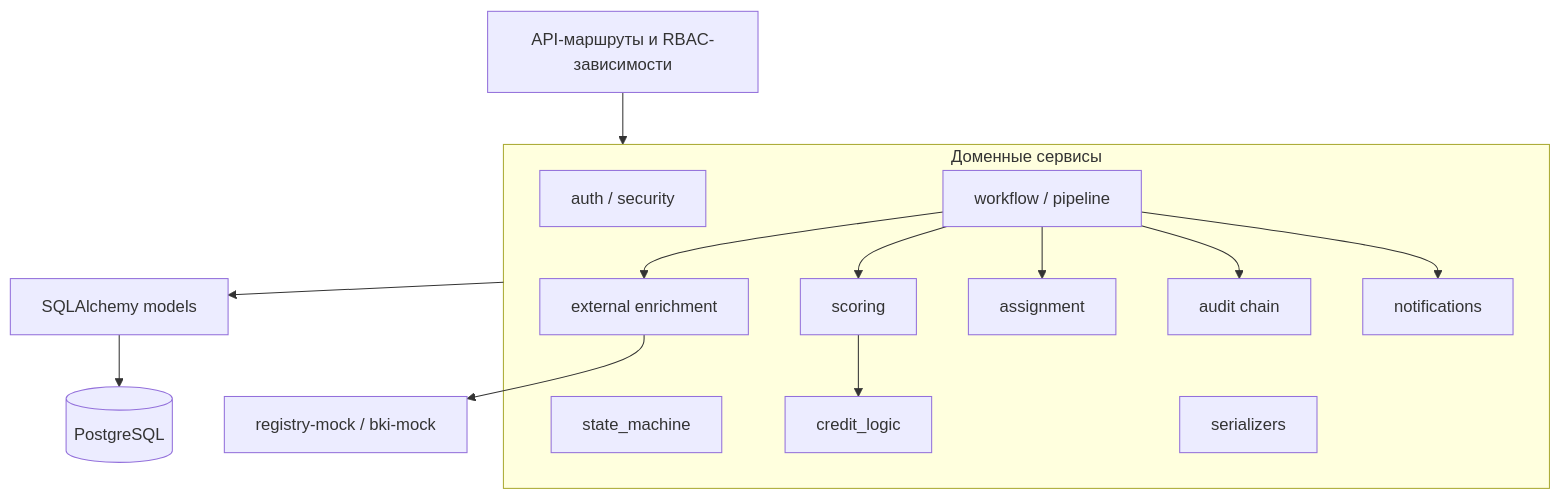
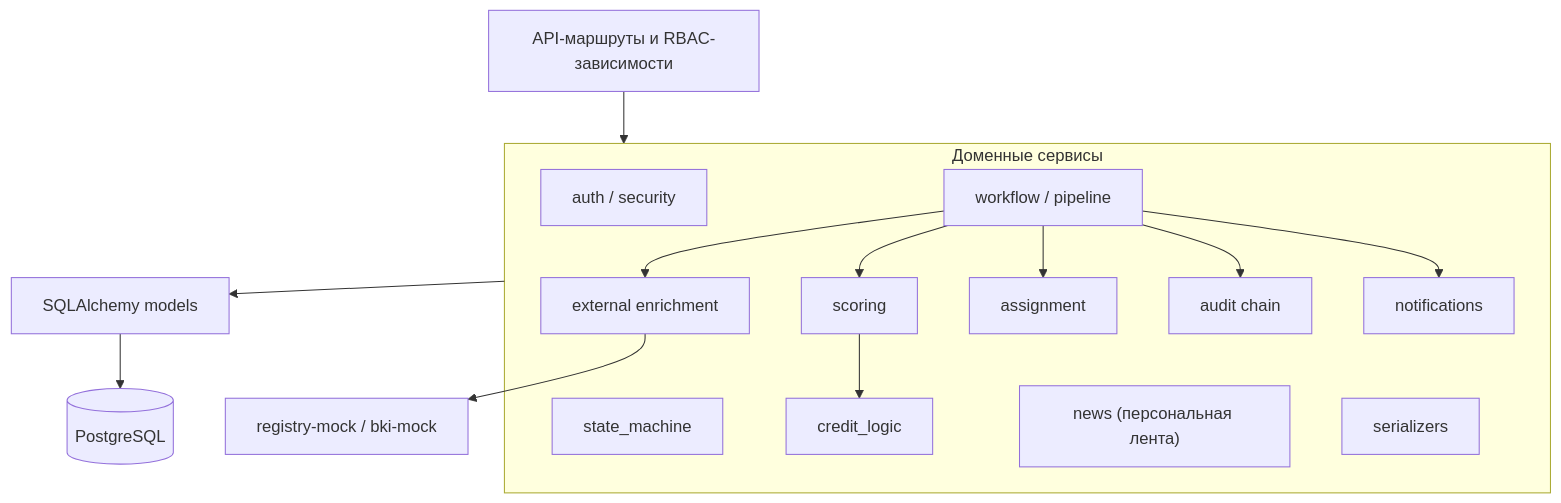
The second of 3 diagrams in docs/architecture.md (MeyFun/CreditPath), drawn with Mermaid before and after one commit. The commit also changed other lines of this file and 15 other files, not shown here.

````diff
--- a/docs/architecture.md
+++ b/docs/architecture.md
@@ -33,24 +33,25 @@
 ```mermaid
 flowchart TB
     Routes["API-маршруты и RBAC-зависимости"] --> Services
     subgraph Services["Доменные сервисы"]
       Auth["auth / security"]
       State["state_machine"]
       Workflow["workflow / pipeline"]
       External["external enrichment"]
       Scoring["scoring"]
       Credit["credit_logic"]
       Assign["assignment"]
       Audit["audit chain"]
       Notify["notifications"]
+      News["news (персональная лента)"]
       Serialize["serializers"]
     end
     Services --> Models["SQLAlchemy models"]
     Models --> DB[(PostgreSQL)]
     Workflow --> External
     External --> Mocks["registry-mock / bki-mock"]
     Workflow --> Scoring --> Credit
     Workflow --> Assign
     Workflow --> Audit
     Workflow --> Notify
 ```
````
